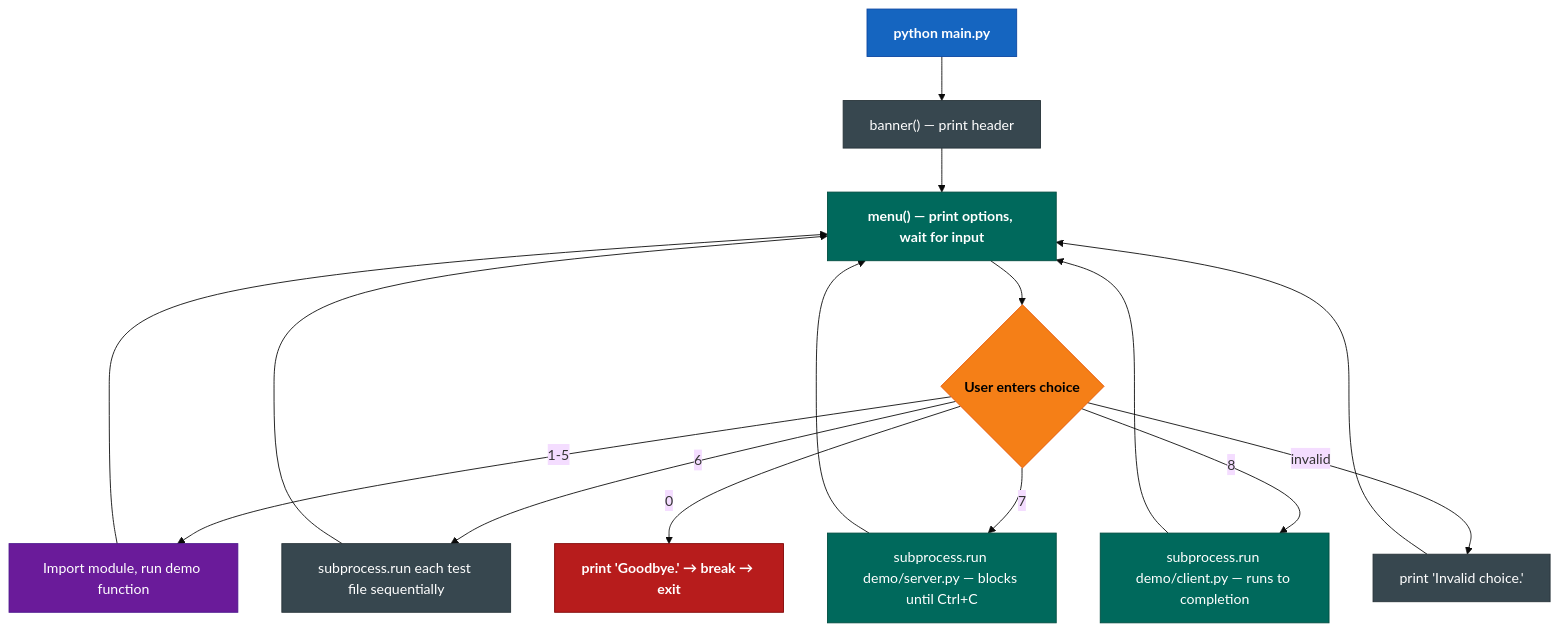
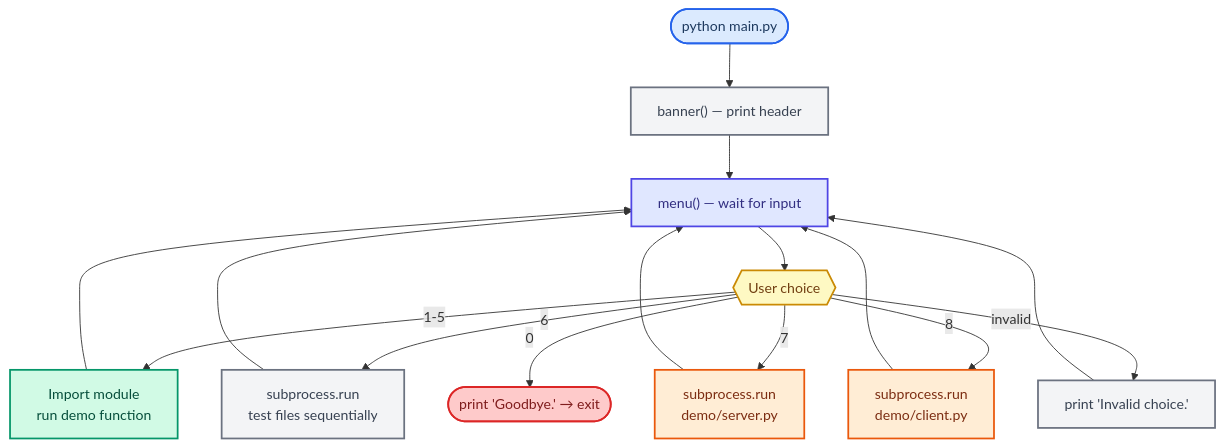
Diagram 11 of 14 in PROJECT_DOCUMENTATION.md (HeshamAfandi/Secure-Communication-System), drawn with Mermaid before and after one commit. The commit also changed other lines of this file, not shown here.

````diff
--- a/PROJECT_DOCUMENTATION.md
+++ b/PROJECT_DOCUMENTATION.md
@@ -925,26 +995,37 @@
 ```mermaid
-%%{init: {'theme': 'base'}}%%
 flowchart TD
-    classDef start    fill:#1565C0,stroke:#0D47A1,color:#FFFFFF,font-weight:bold
-    classDef loop     fill:#00695C,stroke:#004D40,color:#FFFFFF,font-weight:bold
-    classDef decision fill:#F57F17,stroke:#E65100,color:#000000,font-weight:bold
-    classDef module   fill:#6A1B9A,stroke:#4A148C,color:#FFFFFF
-    classDef demo     fill:#00695C,stroke:#004D40,color:#FFFFFF
-    classDef exit     fill:#B71C1C,stroke:#7F0000,color:#FFFFFF,font-weight:bold
-    classDef warn     fill:#37474F,stroke:#263238,color:#FFFFFF
+    A(["python main.py"])
+    B["banner() — print header"]
+    C["menu() — wait for input"]
+    D{{"User choice"}}
+    E["Import module<br/>run demo function"]
+    F["subprocess.run<br/>test files sequentially"]
+    G["subprocess.run<br/>demo/server.py"]
+    H["subprocess.run<br/>demo/client.py"]
+    I(["print 'Goodbye.' → exit"])
+    J["print 'Invalid choice.'"]
 
-    A["python main.py"]:::start --> B["banner() — print header"]:::warn
-    B --> C["menu() — print options, wait for input"]:::loop
-    C --> D{User enters choice}:::decision
-    D -->|"1-5"| E["Import module, run demo function"]:::module
-    D -->|"6"| F["subprocess.run each test file sequentially"]:::warn
-    D -->|"7"| G["subprocess.run demo/server.py — blocks until Ctrl+C"]:::demo
-    D -->|"8"| H["subprocess.run demo/client.py — runs to completion"]:::demo
-    D -->|"0"| I["print 'Goodbye.' → break → exit"]:::exit
-    D -->|"invalid"| J["print 'Invalid choice.'"]:::warn
+    A --> B --> C --> D
+    D -->|"1-5"| E
+    D -->|"6"| F
+    D -->|"7"| G
+    D -->|"8"| H
+    D -->|"0"| I
+    D -->|"invalid"| J
     E --> C
     F --> C
     G --> C
     H --> C
     J --> C
+
+    style A fill:#dbeafe,stroke:#2563eb,stroke-width:2px,color:#1e3a5f
+    style B fill:#f3f4f6,stroke:#6b7280,stroke-width:2px,color:#374151
+    style C fill:#e0e7ff,stroke:#4f46e5,stroke-width:2px,color:#312e81
+    style D fill:#fef9c3,stroke:#ca8a04,stroke-width:2px,color:#713f12
+    style E fill:#d1fae5,stroke:#059669,stroke-width:2px,color:#064e3b
+    style F fill:#f3f4f6,stroke:#6b7280,stroke-width:2px,color:#374151
+    style G fill:#ffedd5,stroke:#ea580c,stroke-width:2px,color:#7c2d12
+    style H fill:#ffedd5,stroke:#ea580c,stroke-width:2px,color:#7c2d12
+    style I fill:#fecaca,stroke:#dc2626,stroke-width:2px,color:#7f1d1d
+    style J fill:#f3f4f6,stroke:#6b7280,stroke-width:2px,color:#374151
 ```
````
